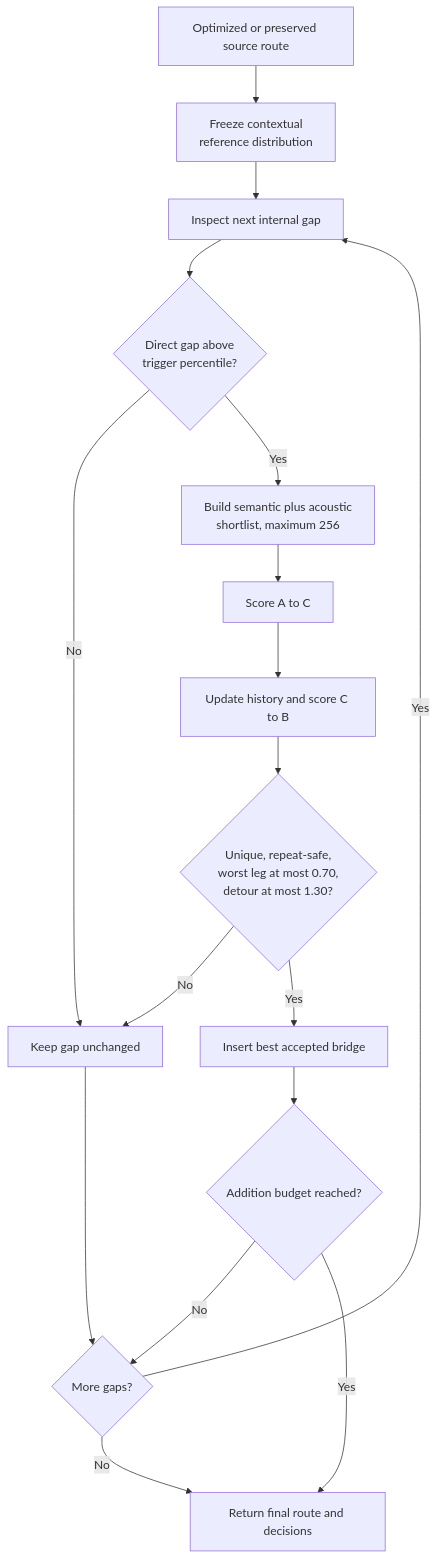
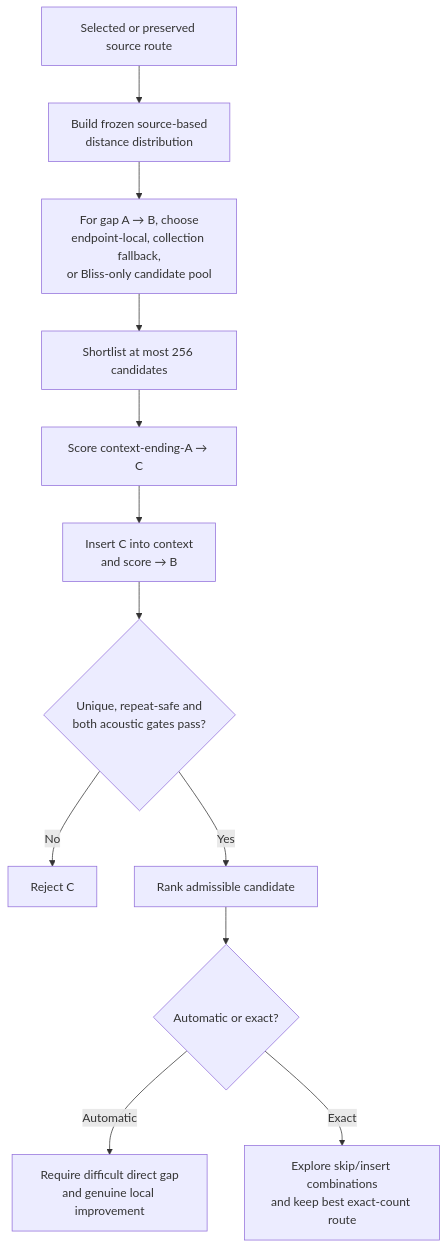
The fifth of 6 diagrams in ALGORITHMS.md (chrober/lms-better-call-bliss), drawn with Mermaid before and after one commit. The commit also changed other lines of this file, not shown here.

```diff
--- a/ALGORITHMS.md
+++ b/ALGORITHMS.md
@@ -191,19 +286,14 @@
 ~~~mermaid
 flowchart TD
-    A["Optimized or preserved source route"] --> B["Freeze contextual<br/>reference distribution"]
-    B --> C["Inspect next internal gap"]
-    C --> D{"Direct gap above<br/>trigger percentile?"}
-    D -- No --> N["Keep gap unchanged"]
-    D -- Yes --> E["Build semantic plus acoustic<br/>shortlist, maximum 256"]
-    E --> F["Score A to C"]
-    F --> G["Update history and score C to B"]
-    G --> H{"Unique, repeat-safe,<br/>worst leg at most 0.70,<br/>detour at most 1.30?"}
-    H -- No --> N
-    H -- Yes --> I["Insert best accepted bridge"]
-    I --> J{"Addition budget reached?"}
-    N --> K{"More gaps?"}
-    J -- No --> K
-    J -- Yes --> R["Return final route and decisions"]
-    K -- Yes --> C
-    K -- No --> R
+    A["Selected or preserved source route"] --> B["Build frozen source-based<br/>distance distribution"]
+    B --> C["For gap A → B, choose<br/>endpoint-local, collection fallback,<br/>or Bliss-only candidate pool"]
+    C --> D["Shortlist at most 256 candidates"]
+    D --> E["Score context-ending-A → C"]
+    E --> F["Insert C into context<br/>and score → B"]
+    F --> G{"Unique, repeat-safe and<br/>both acoustic gates pass?"}
+    G -- No --> H["Reject C"]
+    G -- Yes --> I["Rank admissible candidate"]
+    I --> J{"Automatic or exact?"}
+    J -- Automatic --> K["Require difficult direct gap<br/>and genuine local improvement"]
+    J -- Exact --> L["Explore skip/insert combinations<br/>and keep best exact-count route"]
 ~~~
```
